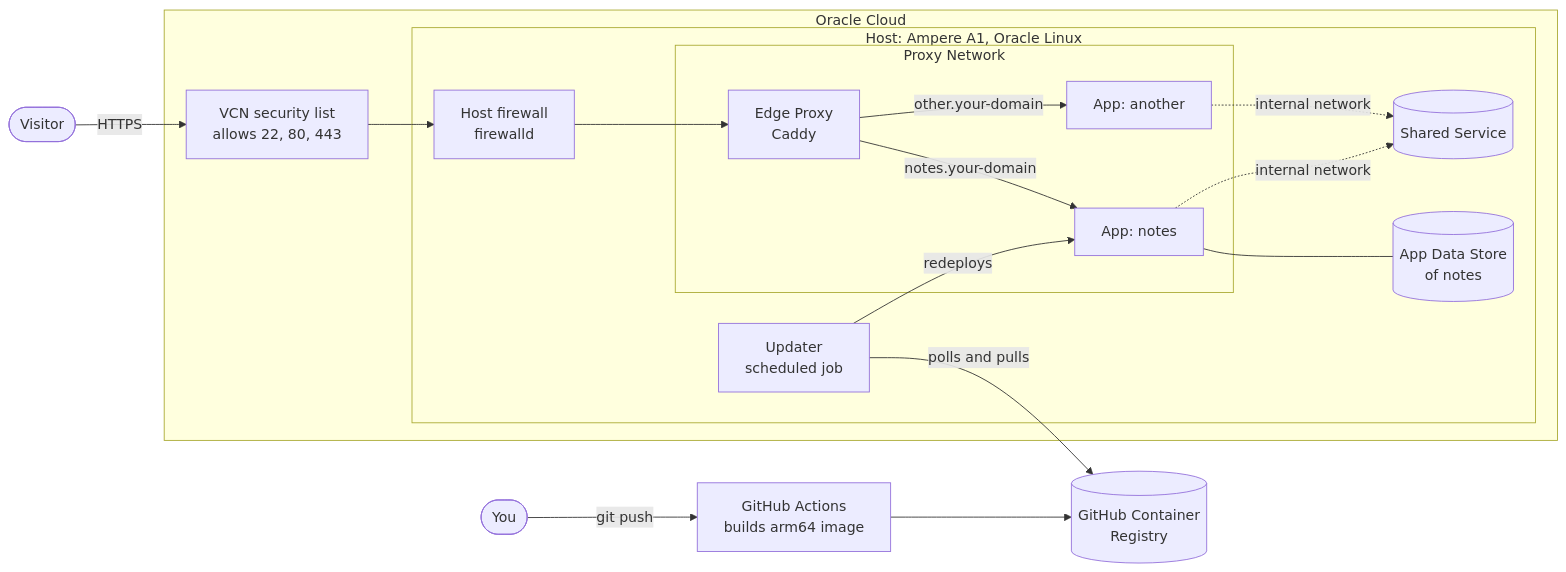
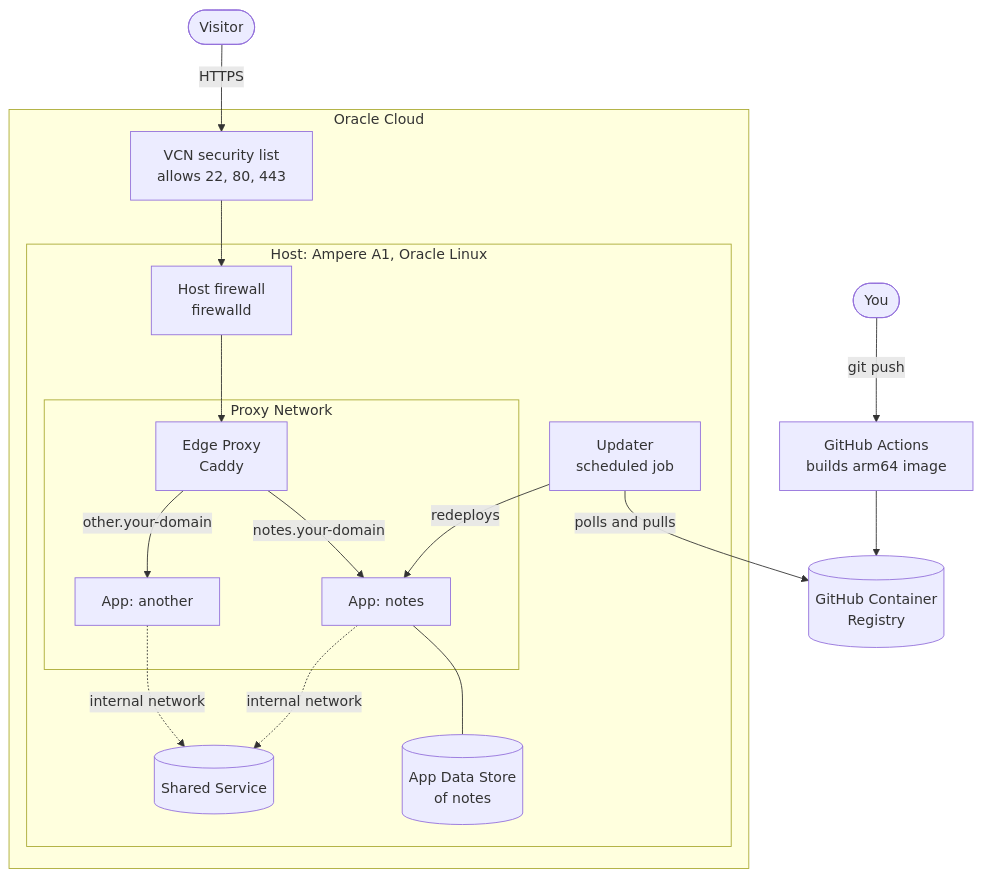
One commit to Saavuori/project-setup changed the first of 2 diagrams in docs/guide.md. Above: the diagram before and after it, drawn with Mermaid. The commit also changed other lines of this file and 10 other files, not shown here.

First line of the commit message:
Publish the guide as a GitHub Pages site

````diff
--- a/docs/guide.md
+++ b/docs/guide.md
@@ -37,31 +20,26 @@
 ```mermaid
-flowchart LR
+flowchart TB
   visitor([Visitor]) -->|"HTTPS"| sl
+  dev([You]) -->|"git push"| gha["GitHub Actions<br/>builds arm64 image"]
+  gha --> ghcr[("GitHub Container<br/>Registry")]
 
   subgraph oci["Oracle Cloud"]
-    sl["VCN security list<br/>allows 22, 80, 443"]
+    sl["VCN security list<br/>allows 22, 80, 443"] --> fw
     subgraph host["Host: Ampere A1, Oracle Linux"]
-      fw["Host firewall<br/>firewalld"]
+      fw["Host firewall<br/>firewalld"] --> proxy
       subgraph proxynet["Proxy Network"]
         proxy["Edge Proxy<br/>Caddy"]
         notes["App: notes"]
         other["App: another"]
       end
-      ads[("App Data Store<br/>of notes")]
-      ss[("Shared Service")]
-      upd["Updater<br/>scheduled job"]
+      proxy -->|"notes.your-domain"| notes
+      proxy -->|"other.your-domain"| other
+      notes --- ads[("App Data Store<br/>of notes")]
+      notes -.->|"internal network"| ss[("Shared Service")]
+      other -.->|"internal network"| ss
+      upd["Updater<br/>scheduled job"] -->|"redeploys"| notes
     end
   end
 
-  sl --> fw --> proxy
-  proxy -->|"notes.your-domain"| notes
-  proxy -->|"other.your-domain"| other
-  notes --- ads
-  notes -.->|"internal network"| ss
-  other -.->|"internal network"| ss
-
-  dev([You]) -->|"git push"| gha["GitHub Actions<br/>builds arm64 image"]
-  gha --> ghcr[("GitHub Container<br/>Registry")]
   upd -->|"polls and pulls"| ghcr
-  upd -->|"redeploys"| notes
 ```
````
